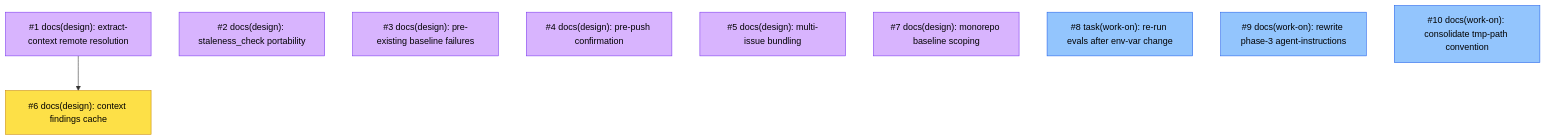
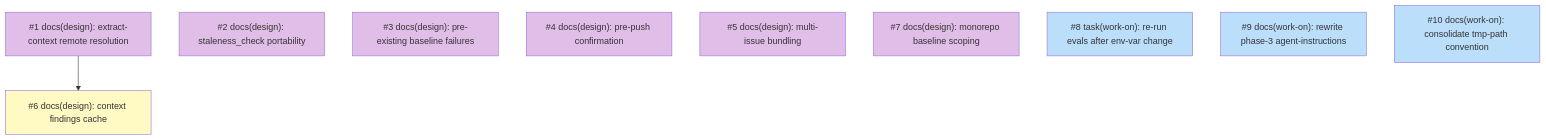
One commit to tsukumogami/shirabe changed the diagram in docs/plans/PLAN-work-on-friction-fixes.md. Above: the diagram before and after it, drawn with Mermaid. The commit also changed other lines of this file and 10 other files, not shown here.

First line of the commit message:
docs(plan): move issue bodies to wip/, fix mermaid colors per spec

````diff
--- a/docs/plans/PLAN-work-on-friction-fixes.md
+++ b/docs/plans/PLAN-work-on-friction-fixes.md
@@ -257,29 +87,29 @@
 ```mermaid
 graph TD
   I1["#1 docs(design): extract-context remote resolution"]
   I2["#2 docs(design): staleness_check portability"]
   I3["#3 docs(design): pre-existing baseline failures"]
   I4["#4 docs(design): pre-push confirmation"]
   I5["#5 docs(design): multi-issue bundling"]
   I6["#6 docs(design): context findings cache"]
   I7["#7 docs(design): monorepo baseline scoping"]
   I8["#8 task(work-on): re-run evals after env-var change"]
   I9["#9 docs(work-on): rewrite phase-3 agent-instructions"]
   I10["#10 docs(work-on): consolidate tmp-path convention"]
 
   I1 --> I6
 
-  classDef done fill:#86efac,stroke:#16a34a,color:#000
-  classDef ready fill:#93c5fd,stroke:#2563eb,color:#000
-  classDef blocked fill:#fde047,stroke:#ca8a04,color:#000
-  classDef needsDesign fill:#d8b4fe,stroke:#7c3aed,color:#000
-  classDef needsPrd fill:#fdba74,stroke:#ea580c,color:#000
-  classDef needsSpike fill:#f9a8d4,stroke:#db2777,color:#000
-  classDef needsDecision fill:#a5f3fc,stroke:#0891b2,color:#000
-  classDef tracksDesign fill:#e9d5ff,stroke:#7c3aed,color:#000
-  classDef tracksPlan fill:#bfdbfe,stroke:#3b82f6,color:#000
+  classDef done fill:#c8e6c9
+  classDef ready fill:#bbdefb
+  classDef blocked fill:#fff9c4
+  classDef needsDesign fill:#e1bee7
+  classDef needsPrd fill:#b3e5fc
+  classDef needsSpike fill:#ffcdd2
+  classDef needsDecision fill:#d1c4e9
+  classDef tracksDesign fill:#FFE0B2,stroke:#F57C00,color:#000
+  classDef tracksPlan fill:#FFE0B2,stroke:#F57C00,color:#000
 
   class I1,I2,I3,I4,I5,I7 needsDesign
   class I6 blocked
   class I8,I9,I10 ready
 ```
````
